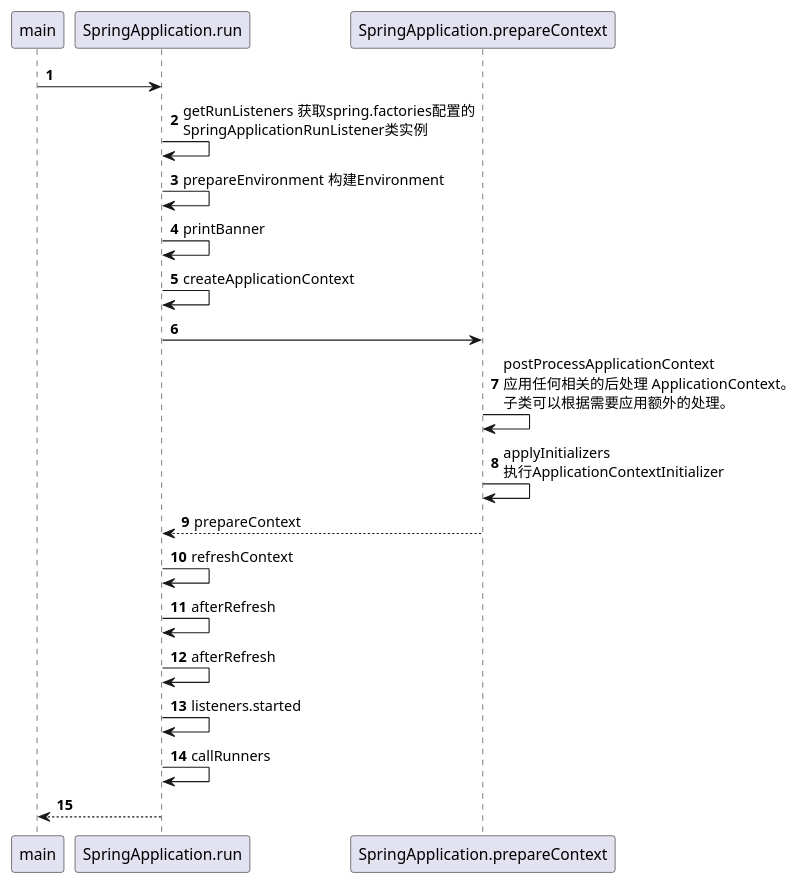
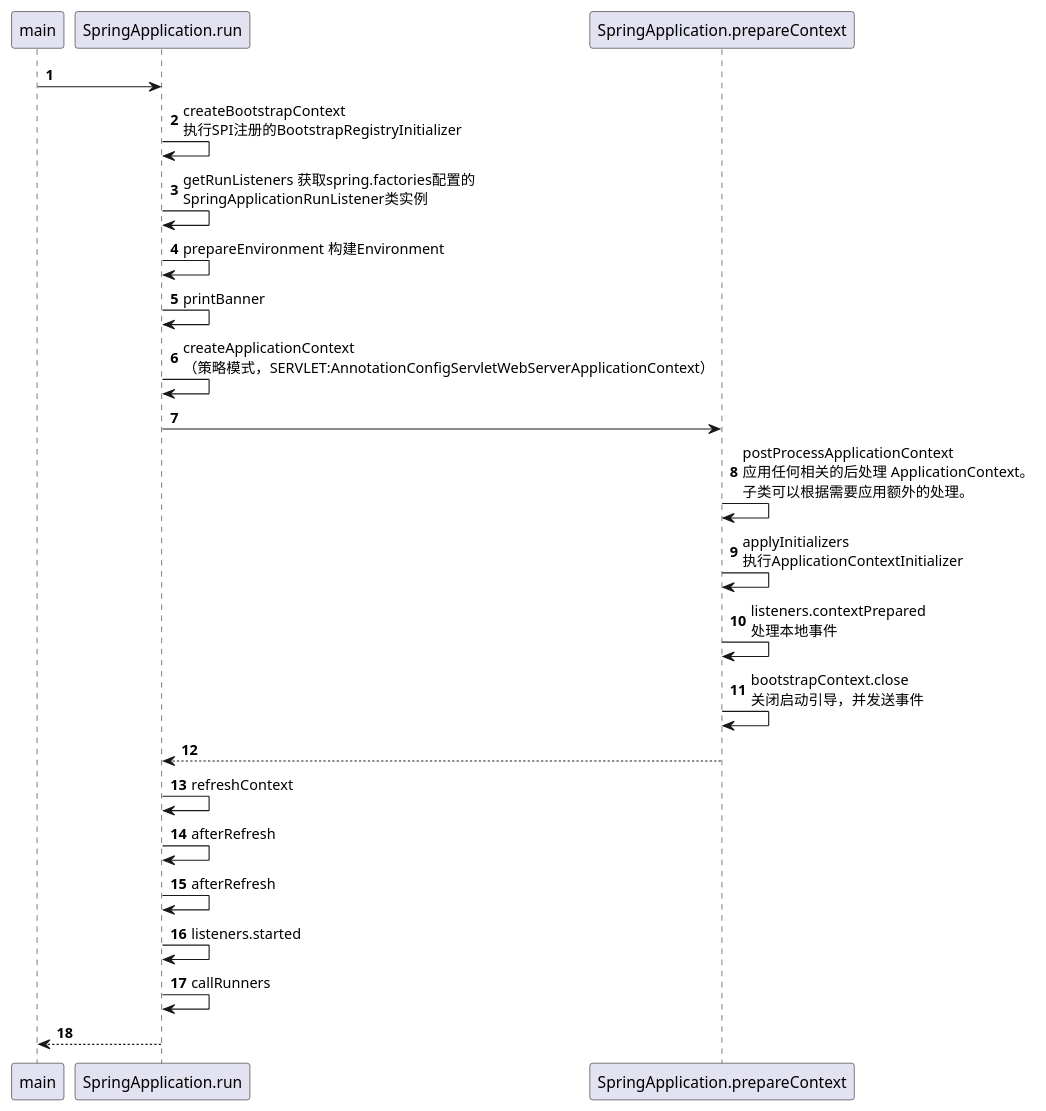
Before and after one commit to walklown/daily-code: the diagram in design/spring/Starter 2 Prepare Application Context.puml, drawn with PlantUML. The commit also changed 5 other files, not shown here.

Commit message:
add AnnotationConfigServletWebServerApplicationContext

```diff
--- a/design/spring/Starter 2 Prepare Application Context.puml
+++ b/design/spring/Starter 2 Prepare Application Context.puml
@@ -1,22 +1,25 @@
 @startuml
 'https://plantuml.com/sequence-diagram
 
 autonumber
 
 main -> SpringApplication.run
+SpringApplication.run -> SpringApplication.run : createBootstrapContext\n执行SPI注册的BootstrapRegistryInitializer
 SpringApplication.run -> SpringApplication.run : getRunListeners 获取spring.factories配置的\nSpringApplicationRunListener类实例
 SpringApplication.run -> SpringApplication.run : prepareEnvironment 构建Environment
 SpringApplication.run -> SpringApplication.run : printBanner
-SpringApplication.run -> SpringApplication.run : createApplicationContext
+SpringApplication.run -> SpringApplication.run : createApplicationContext\n（策略模式，SERVLET:AnnotationConfigServletWebServerApplicationContext）
 SpringApplication.run -> SpringApplication.prepareContext
 SpringApplication.prepareContext -> SpringApplication.prepareContext : postProcessApplicationContext\n应用任何相关的后处理 ApplicationContext。 \n子类可以根据需要应用额外的处理。
 SpringApplication.prepareContext -> SpringApplication.prepareContext : applyInitializers\n执行ApplicationContextInitializer
-SpringApplication.prepareContext --> SpringApplication.run : prepareContext
+SpringApplication.prepareContext -> SpringApplication.prepareContext : listeners.contextPrepared\n处理本地事件
+SpringApplication.prepareContext -> SpringApplication.prepareContext : bootstrapContext.close\n关闭启动引导，并发送事件
+SpringApplication.prepareContext --> SpringApplication.run
 SpringApplication.run -> SpringApplication.run : refreshContext
 SpringApplication.run -> SpringApplication.run : afterRefresh
 SpringApplication.run -> SpringApplication.run : afterRefresh
 SpringApplication.run -> SpringApplication.run : listeners.started
 SpringApplication.run -> SpringApplication.run : callRunners
 SpringApplication.run --> main
 
 @enduml
```
